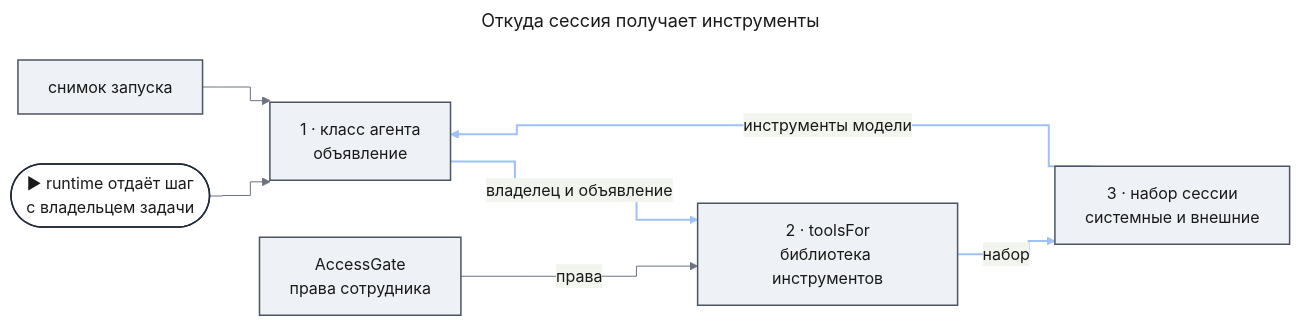
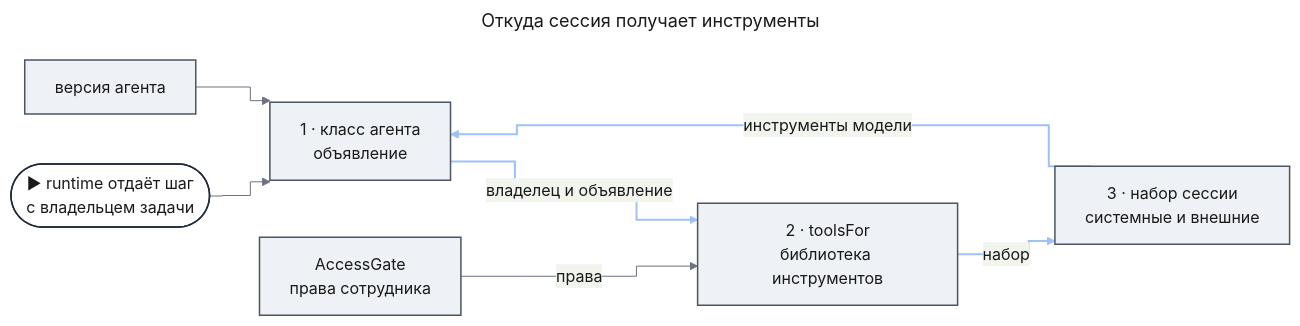
One commit to tundraray/agent-os changed the diagram in docs/code-system/patterns/tool-declaration.md. Above: the diagram before and after it, drawn with Mermaid. The commit also changed other lines of this file and 25 other files, not shown here.

````diff
--- a/docs/code-system/patterns/tool-declaration.md
+++ b/docs/code-system/patterns/tool-declaration.md
@@ -9,40 +9,40 @@
 ```mermaid
 ---
 title: "Откуда сессия получает инструменты"
 config:
   theme: base
   look: classic
   themeVariables:
     primaryColor: "#eef1f5"
     primaryBorderColor: "#4b5563"
     primaryTextColor: "#1a1a1a"
     lineColor: "#6b7280"
   flowchart:
     curve: step
   themeCSS: |
     @keyframes litr_tools{0%,30%{stroke:#1d4ed8;stroke-width:6px}33.3%,100%{stroke:#9ec1f7;stroke-width:2px}}
 ---
 flowchart LR
     entry(["▶ runtime отдаёт шаг<br/>с владельцем задачи"])
-    snap["снимок запуска"]
+    snap["версия агента"]
     agent["1 · класс агента<br/>объявление"]
     lib["2 · toolsFor<br/>библиотека инструментов"]
     gate["AccessGate<br/>права сотрудника"]
     set["3 · набор сессии<br/>системные и внешние"]
     entry --> agent
     snap --> agent
     agent e1@-->|"владелец и объявление"| lib
     gate -->|"права"| lib
     lib e2@-->|"набор"| set
     set e3@-->|"инструменты модели"| agent
     classDef r1 stroke:#9ec1f7,stroke-width:2px,animation:litr_tools 3.6s linear 0s infinite
     classDef r2 stroke:#9ec1f7,stroke-width:2px,animation:litr_tools 3.6s linear 1.2s infinite
     classDef r3 stroke:#9ec1f7,stroke-width:2px,animation:litr_tools 3.6s linear 2.4s infinite
     class e1 r1
     class e2 r2
     class e3 r3
     classDef entry fill:#ffffff,stroke:#1f2937,stroke-width:1.5px,color:#1a1a1a
     classDef unchanged fill:#eef1f5,stroke:#4b5563,stroke-width:1.5px,color:#1a1a1a
     class entry entry
     class snap,agent,lib,gate,set unchanged
 ```
````
